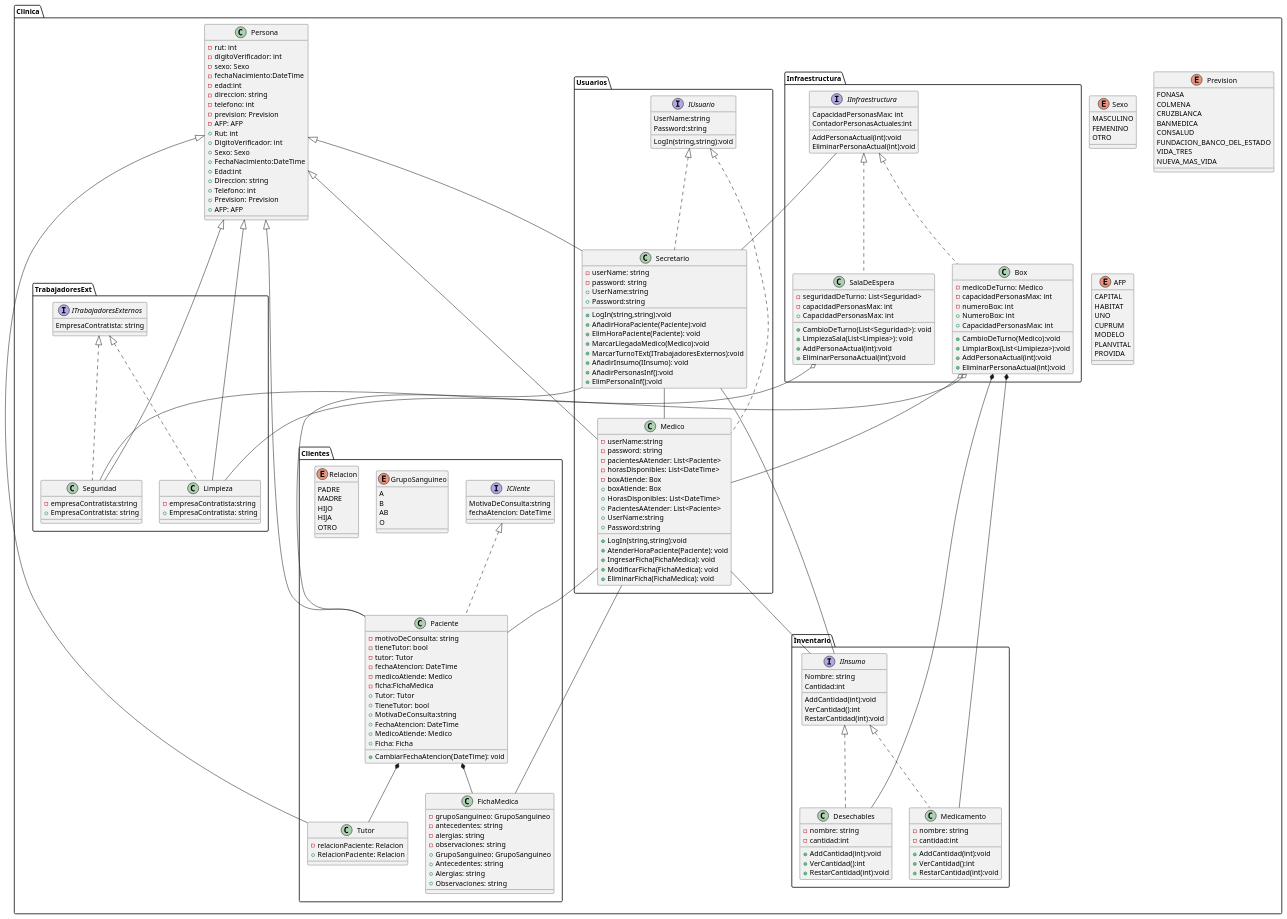
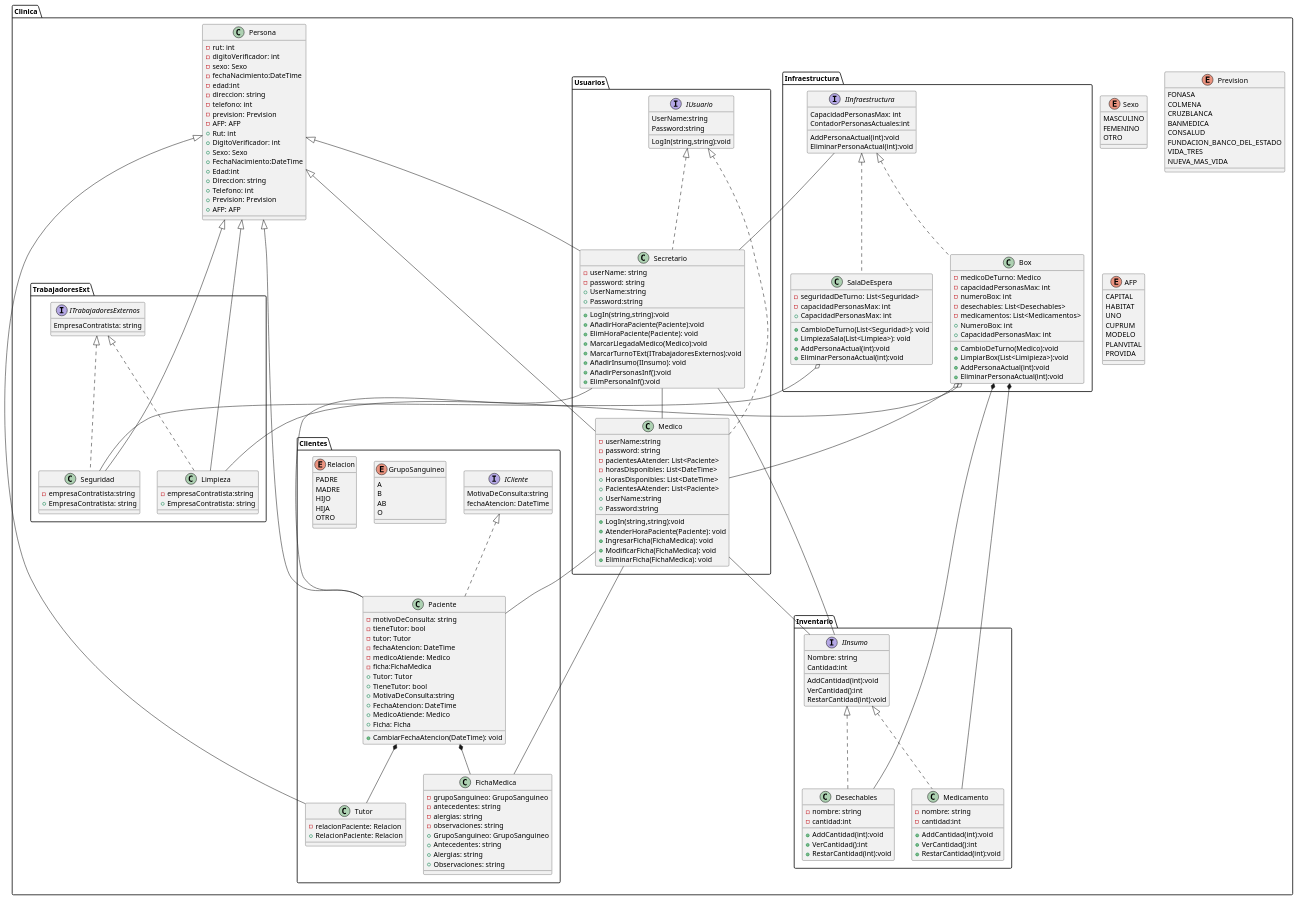
One commit to ecadiz123/ProyectoAvaloniaProgra2 changed the diagram in consultorio.puml. Above: the diagram before and after it, drawn with PlantUML. The commit also changed 5 other files, not shown here.

```diff
--- a/consultorio.puml
+++ b/consultorio.puml
@@ -176,8 +176,6 @@
                 - password: string
                 - pacientesAAtender: List<Paciente>
                 - horasDisponibles: List<DateTime>
-                - boxAtiende: Box
-                + boxAtiende: Box
                 + HorasDisponibles: List<DateTime>
                 + PacientesAAtender: List<Paciente>
                 + LogIn(string,string):void
@@ -203,6 +201,8 @@
                  - medicoDeTurno: Medico
                  - capacidadPersonasMax: int
                  - numeroBox: int
+                 - desechables: List<Desechables>
+                 - medicamentos: List<Medicamentos>
                  + NumeroBox: int
                  + CambioDeTurno(Medico):void
                  + LimpiarBox(List<Limipieza>):void
```
